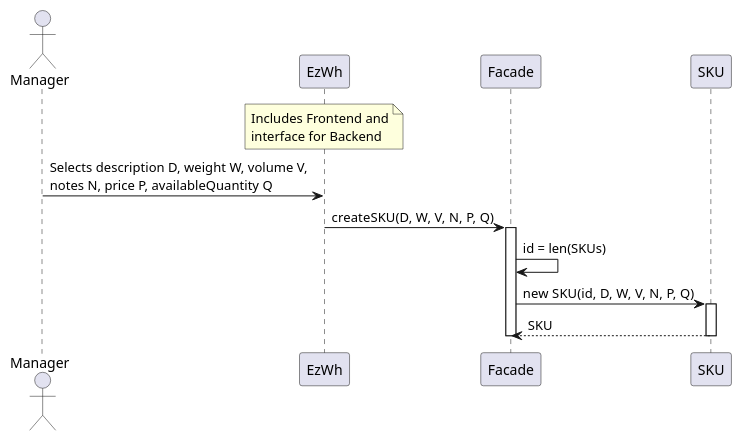
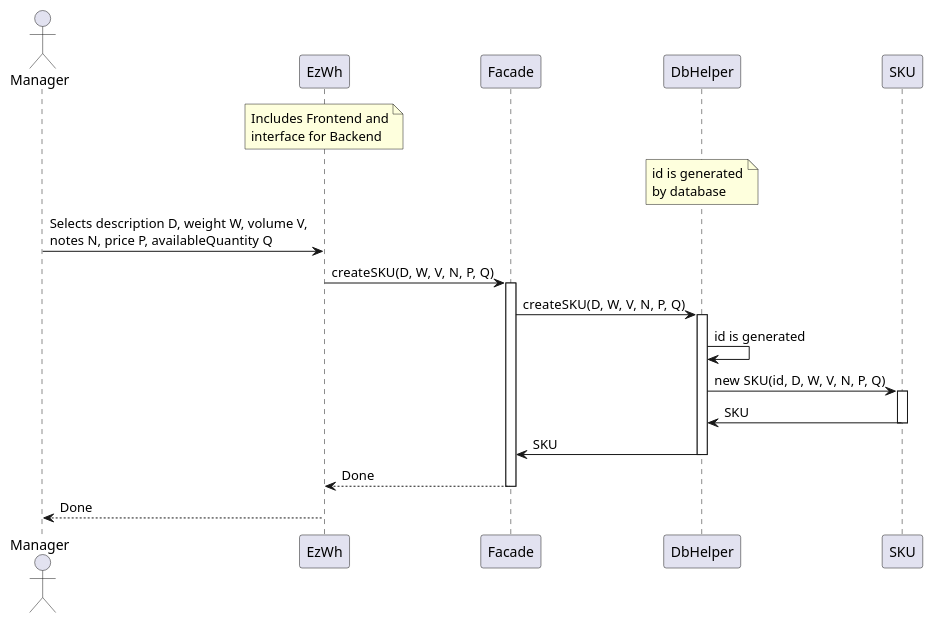
The third of 13 diagrams in DesignDocument.md (giuseppe-dandrea/EzWh), drawn with PlantUML before and after one commit. The commit also changed other lines of this file and 1 other file, not shown here.

Commit message:
Modified Scenarios 1 and 2. Renamed EzWh to EzWhFacade. Updated verification traceability matrix. Changed return value of Facade constructors to void.

````diff
--- a/DesignDocument.md
+++ b/DesignDocument.md
@@ -540,17 +538,25 @@
 ```plantuml
 actor Manager
 participant EzWh
 note over EzWh: Includes Frontend and\ninterface for Backend
 participant Facade
+participant DbHelper
+note over DbHelper: id is generated\nby database
 participant SKU
 
 Manager -> EzWh: Selects description D, weight W, volume V,\nnotes N, price P, availableQuantity Q
 EzWh -> Facade: createSKU(D, W, V, N, P, Q)
 activate Facade
-Facade -> Facade: id = len(SKUs)
-Facade -> SKU: new SKU(id, D, W, V, N, P, Q)
+Facade -> DbHelper: createSKU(D, W, V, N, P, Q)
+activate DbHelper
+DbHelper -> DbHelper : id is generated
+DbHelper -> SKU: new SKU(id, D, W, V, N, P, Q)
 activate SKU
-SKU --> Facade: SKU
+SKU -> DbHelper: SKU
 deactivate SKU
+DbHelper -> Facade : SKU
+deactivate DbHelper
+Facade --> EzWh : Done
 deactivate Facade
+EzWh --> Manager : Done
 ```
````
